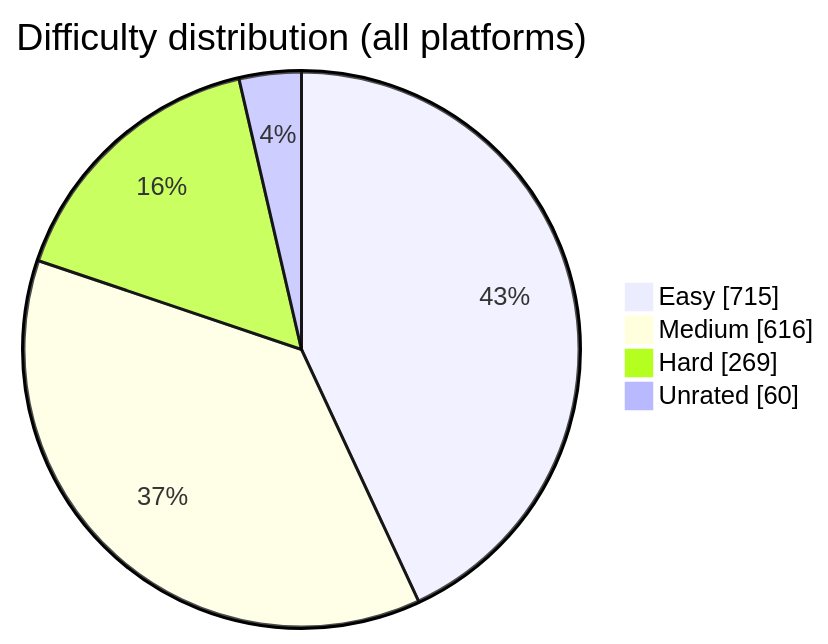
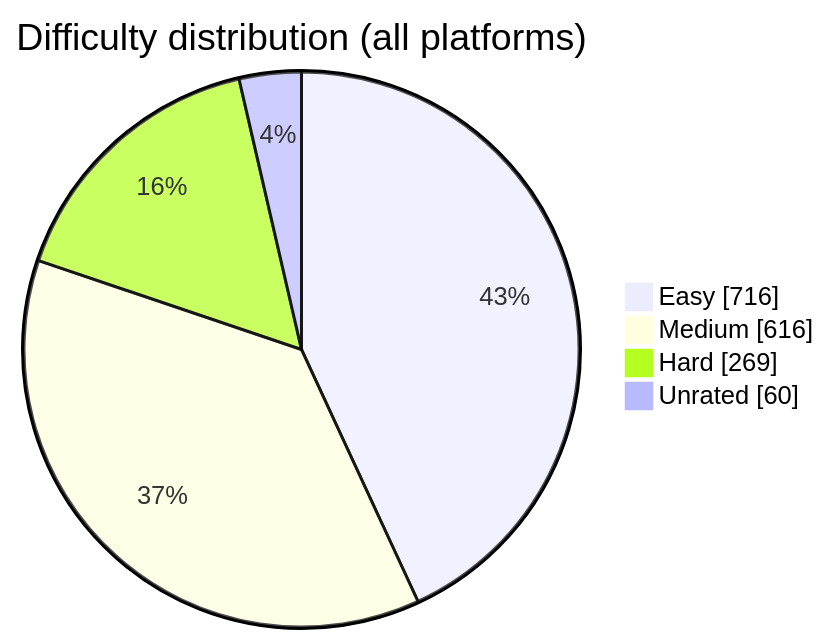
Before and after one commit to BuildbyArindam/Daily-Coding-Log: the diagram in README.md, drawn with Mermaid. The commit also changed other lines of this file, not shown here.

````diff
--- a/README.md
+++ b/README.md
@@ -93,7 +93,7 @@
 ```mermaid
 pie showData title Difficulty distribution (all platforms)
-    "Easy" : 715
+    "Easy" : 716
     "Medium" : 616
     "Hard" : 269
     "Unrated" : 60
 ```
````
